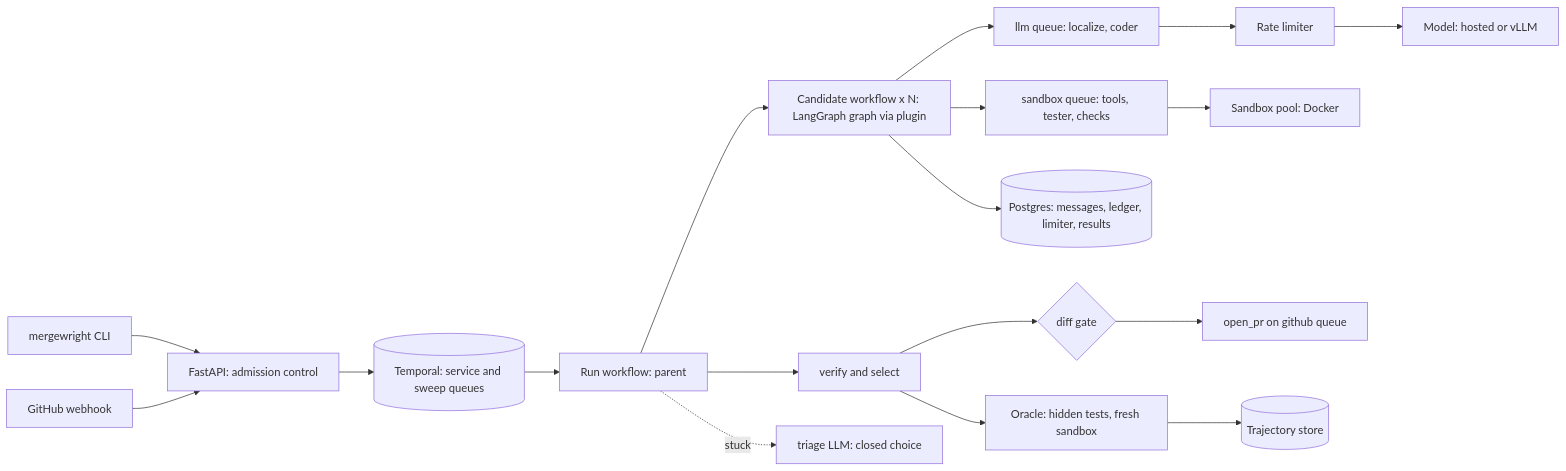
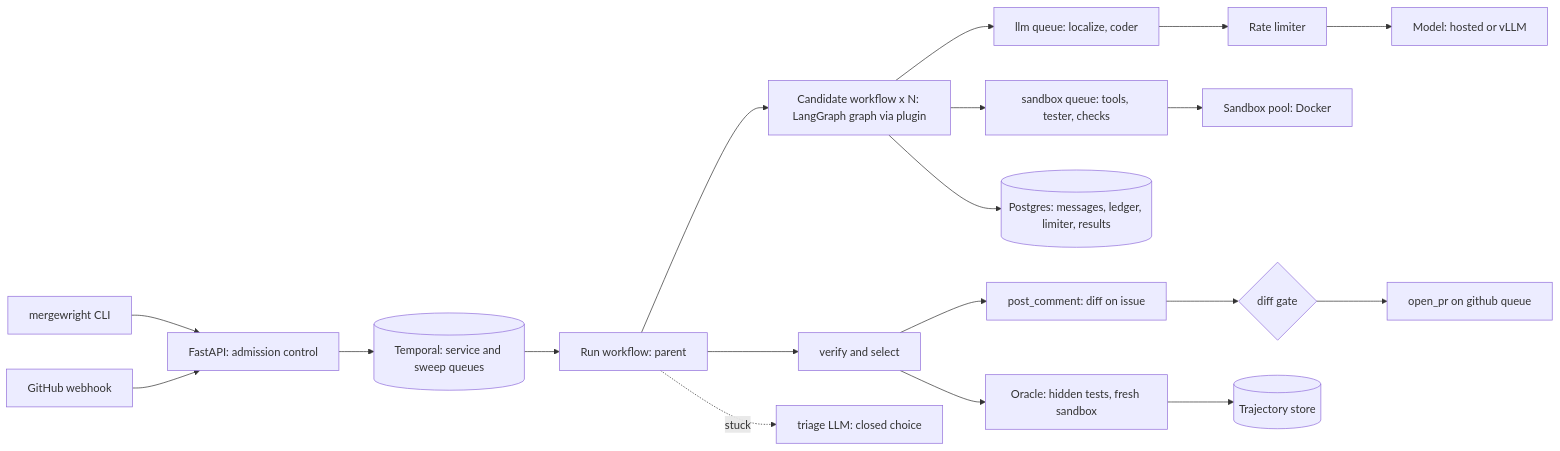
The diagram in docs/mergewright-spec.md (akashkolte/Mergewright), drawn with Mermaid before and after one commit. The commit also changed other lines of this file and 2 other files, not shown here.

First line of the commit message:
Add GitHub integration flow and post_comment writer to spec

````diff
--- a/docs/mergewright-spec.md
+++ b/docs/mergewright-spec.md
@@ -62,15 +62,15 @@
 ```mermaid
 flowchart LR
     CLI[mergewright CLI] --> API[FastAPI: admission control]
     GH[GitHub webhook] --> API
     API --> T[(Temporal: service and sweep queues)]
     T --> PW[Run workflow: parent]
     PW --> CW[Candidate workflow x N: LangGraph graph via plugin]
     CW --> LQ[llm queue: localize, coder] --> RL[Rate limiter] --> M[Model: hosted or vLLM]
     CW --> SQ[sandbox queue: tools, tester, checks] --> POOL[Sandbox pool: Docker]
     CW --> MS[(Postgres: messages, ledger, limiter, results)]
-    PW --> V[verify and select] --> G{diff gate} --> P[open_pr on github queue]
+    PW --> V[verify and select] --> PC[post_comment: diff on issue] --> G{diff gate} --> P[open_pr on github queue]
     PW -.stuck.-> TR[triage LLM: closed choice]
     V --> OR[Oracle: hidden tests, fresh sandbox]
     OR --> TJ[(Trajectory store)]
 ```
````
